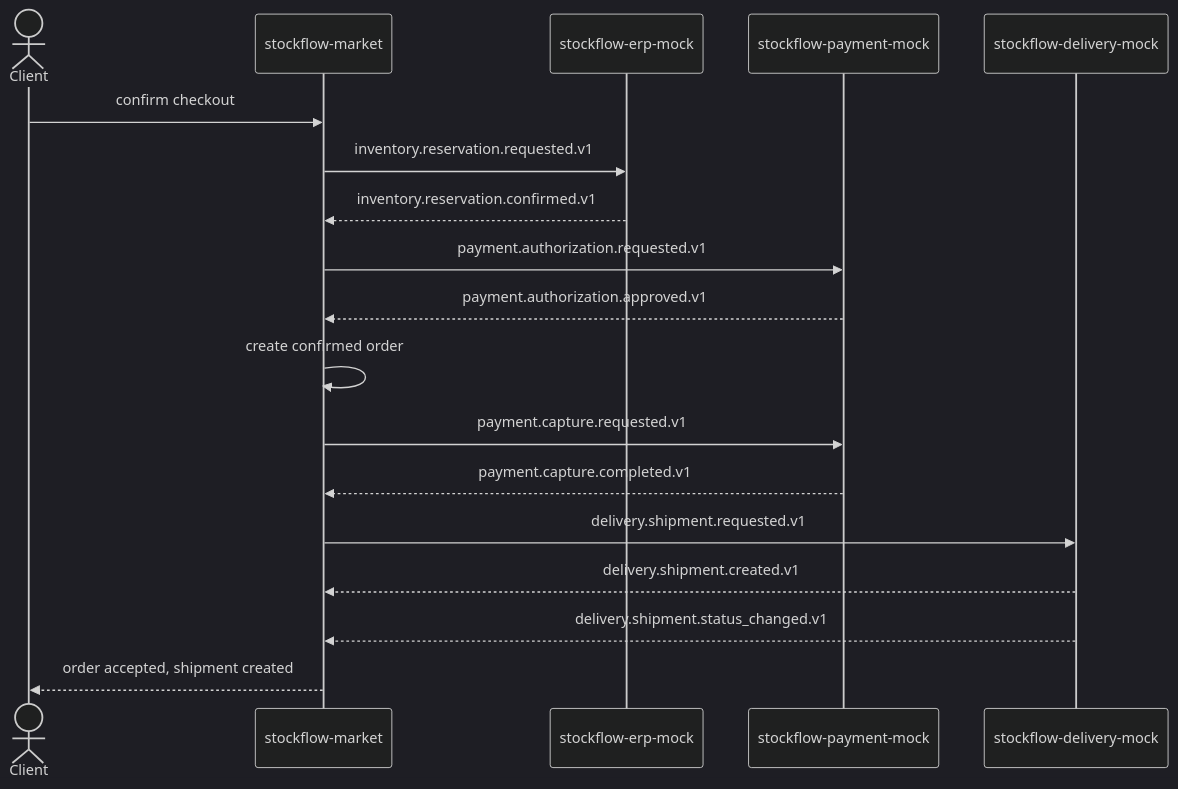
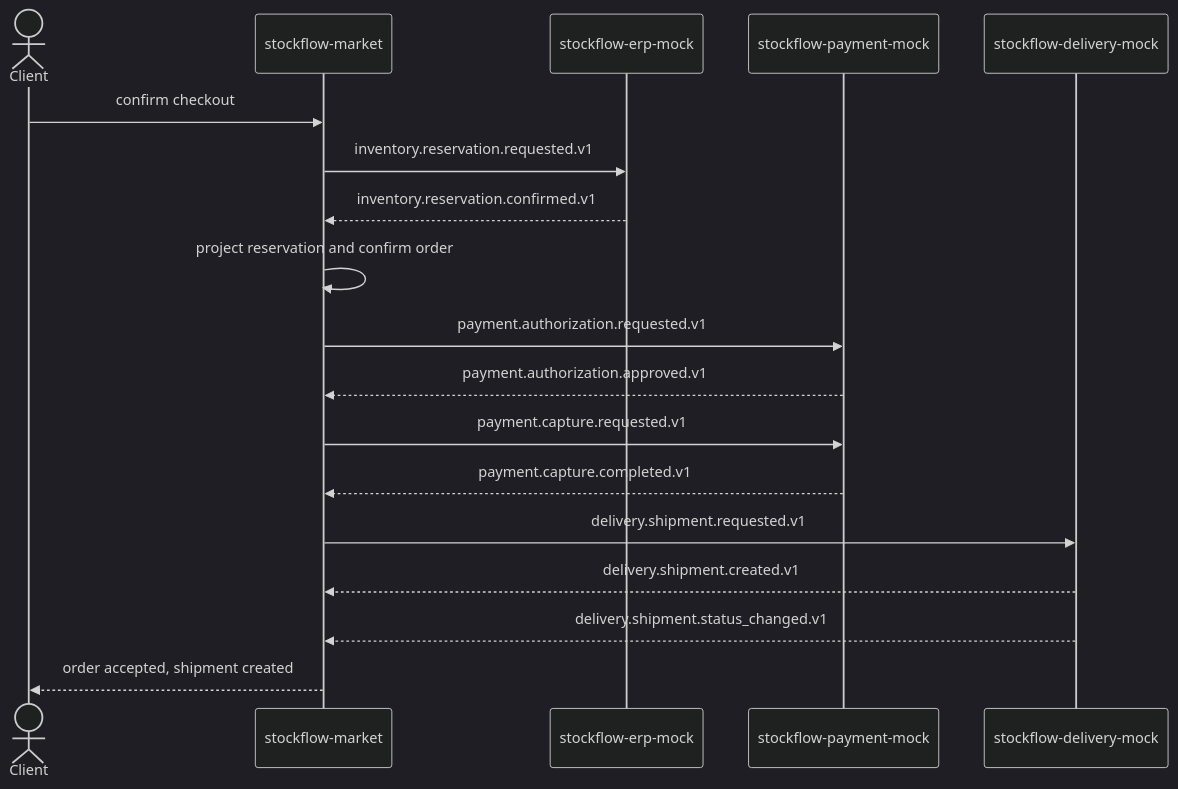
The first of 3 diagrams in docs/delivery-flow.md (Smiley-Alyx/stockflow-market), drawn with Mermaid (dark theme) before and after one commit. The commit also changed other lines of this file and 16 other files, not shown here.

Commit message:
feat(orders): project reservation outcomes

````diff
--- a/docs/delivery-flow.md
+++ b/docs/delivery-flow.md
@@ -8,21 +8,21 @@
 ```mermaid
 sequenceDiagram
     actor Client
     participant Market as stockflow-market
     participant ERP as stockflow-erp-mock
     participant PSP as stockflow-payment-mock
     participant Delivery as stockflow-delivery-mock
 
     Client->>Market: confirm checkout
     Market->>ERP: inventory.reservation.requested.v1
     ERP-->>Market: inventory.reservation.confirmed.v1
+    Market->>Market: project reservation and confirm order
     Market->>PSP: payment.authorization.requested.v1
     PSP-->>Market: payment.authorization.approved.v1
-    Market->>Market: create confirmed order
     Market->>PSP: payment.capture.requested.v1
     PSP-->>Market: payment.capture.completed.v1
     Market->>Delivery: delivery.shipment.requested.v1
     Delivery-->>Market: delivery.shipment.created.v1
     Delivery-->>Market: delivery.shipment.status_changed.v1
     Market-->>Client: order accepted, shipment created
 ```
````
